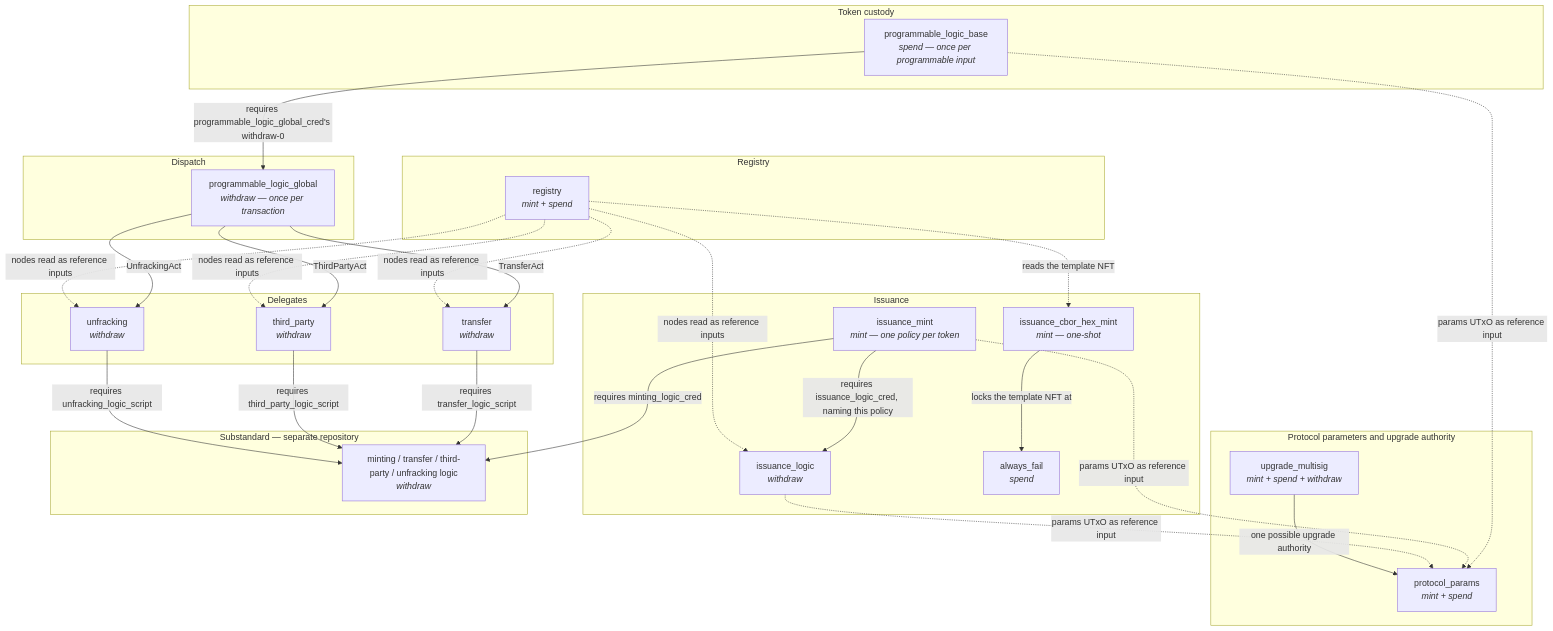
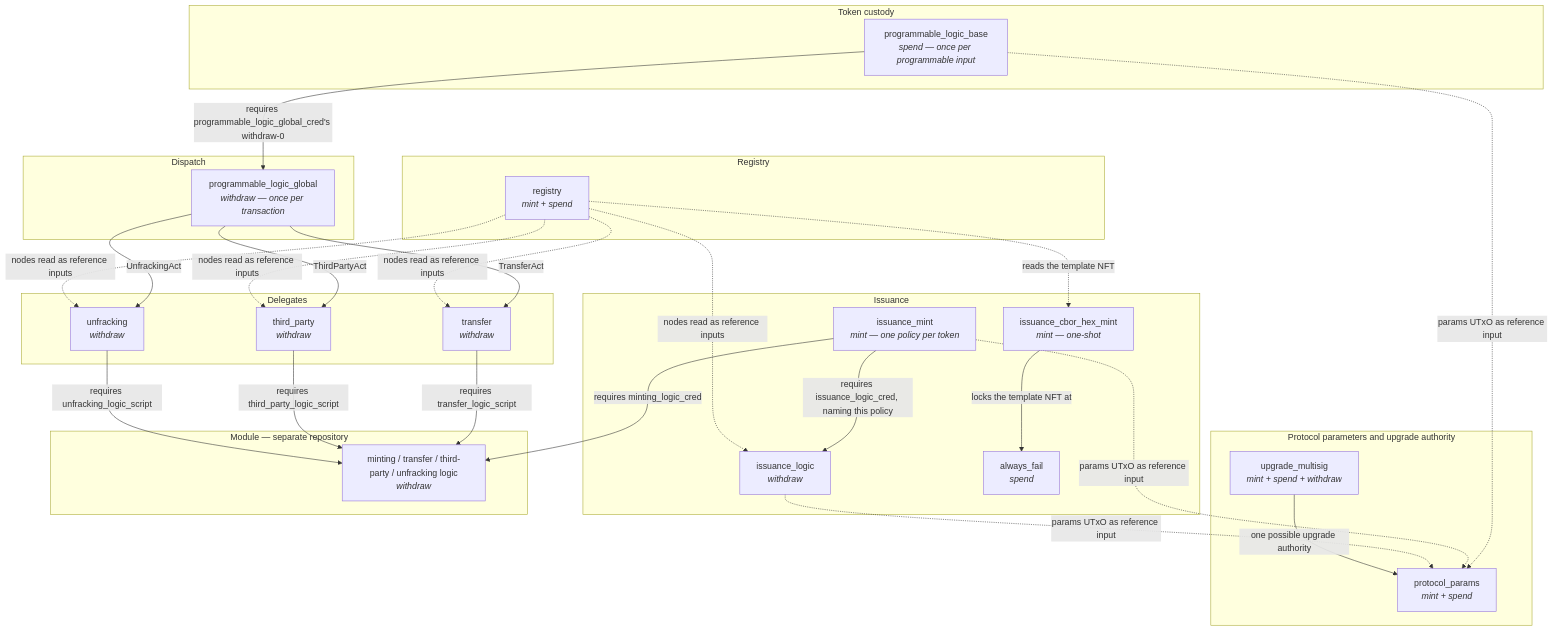
The first of 3 diagrams in documentation/02-ARCHITECTURE.md (cardano-foundation/cip113-programmable-tokens), drawn with Mermaid before and after one commit. The commit also changed other lines of this file and 44 other files, not shown here.

````diff
--- a/documentation/02-ARCHITECTURE.md
+++ b/documentation/02-ARCHITECTURE.md
@@ -85,56 +88,56 @@
 ```mermaid
 graph TB
     subgraph "Token custody"
         PLB["programmable_logic_base<br/><i>spend — once per programmable input</i>"]
     end
 
     subgraph "Dispatch"
         PLG["programmable_logic_global<br/><i>withdraw — once per transaction</i>"]
     end
 
     subgraph "Delegates"
         TR["transfer<br/><i>withdraw</i>"]
         TP["third_party<br/><i>withdraw</i>"]
         UF["unfracking<br/><i>withdraw</i>"]
     end
 
     subgraph "Registry"
         REG["registry<br/><i>mint + spend</i>"]
     end
 
     subgraph "Issuance"
         IM["issuance_mint<br/><i>mint — one policy per token</i>"]
         IL["issuance_logic<br/><i>withdraw</i>"]
         ICH["issuance_cbor_hex_mint<br/><i>mint — one-shot</i>"]
         AF["always_fail<br/><i>spend</i>"]
     end
 
     subgraph "Protocol parameters and upgrade authority"
         PP["protocol_params<br/><i>mint + spend</i>"]
         UM["upgrade_multisig<br/><i>mint + spend + withdraw</i>"]
     end
 
-    subgraph "Substandard — separate repository"
+    subgraph "Module — separate repository"
         SUB["minting / transfer / third-party / unfracking logic<br/><i>withdraw</i>"]
     end
 
     PLB -->|"requires programmable_logic_global_cred's withdraw-0"| PLG
     PLG -->|"TransferAct"| TR
     PLG -->|"ThirdPartyAct"| TP
     PLG -->|"UnfrackingAct"| UF
     TR -->|"requires transfer_logic_script"| SUB
     TP -->|"requires third_party_logic_script"| SUB
     UF -->|"requires unfracking_logic_script"| SUB
     IM -->|"requires minting_logic_cred"| SUB
     IM -->|"requires issuance_logic_cred, naming this policy"| IL
     REG -.->|"nodes read as reference inputs"| TR
     REG -.->|"nodes read as reference inputs"| TP
     REG -.->|"nodes read as reference inputs"| UF
     REG -.->|"nodes read as reference inputs"| IL
     REG -.->|"reads the template NFT"| ICH
     ICH -->|"locks the template NFT at"| AF
     PLB -.->|"params UTxO as reference input"| PP
     IM -.->|"params UTxO as reference input"| PP
     IL -.->|"params UTxO as reference input"| PP
     UM -->|"one possible upgrade authority"| PP
 ```
````
